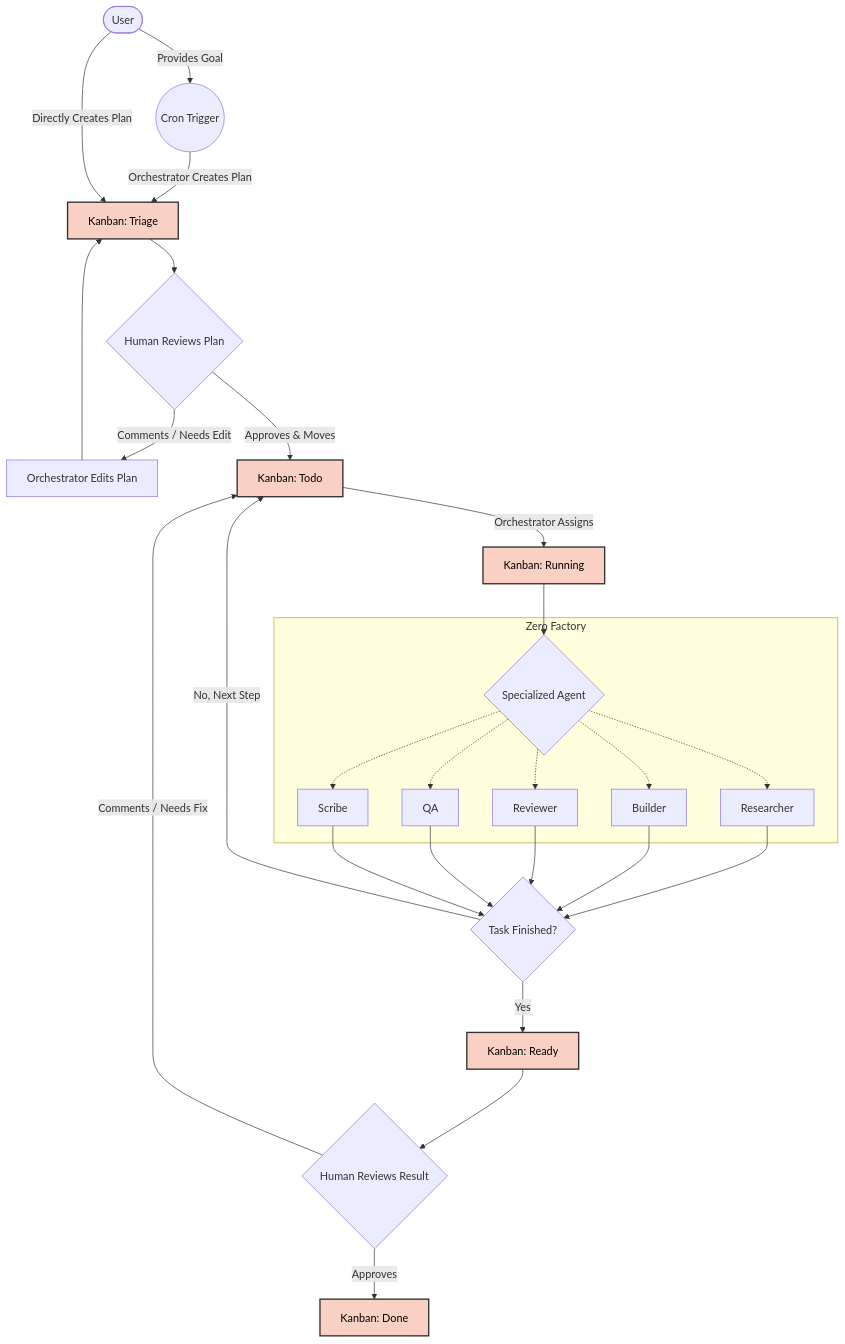
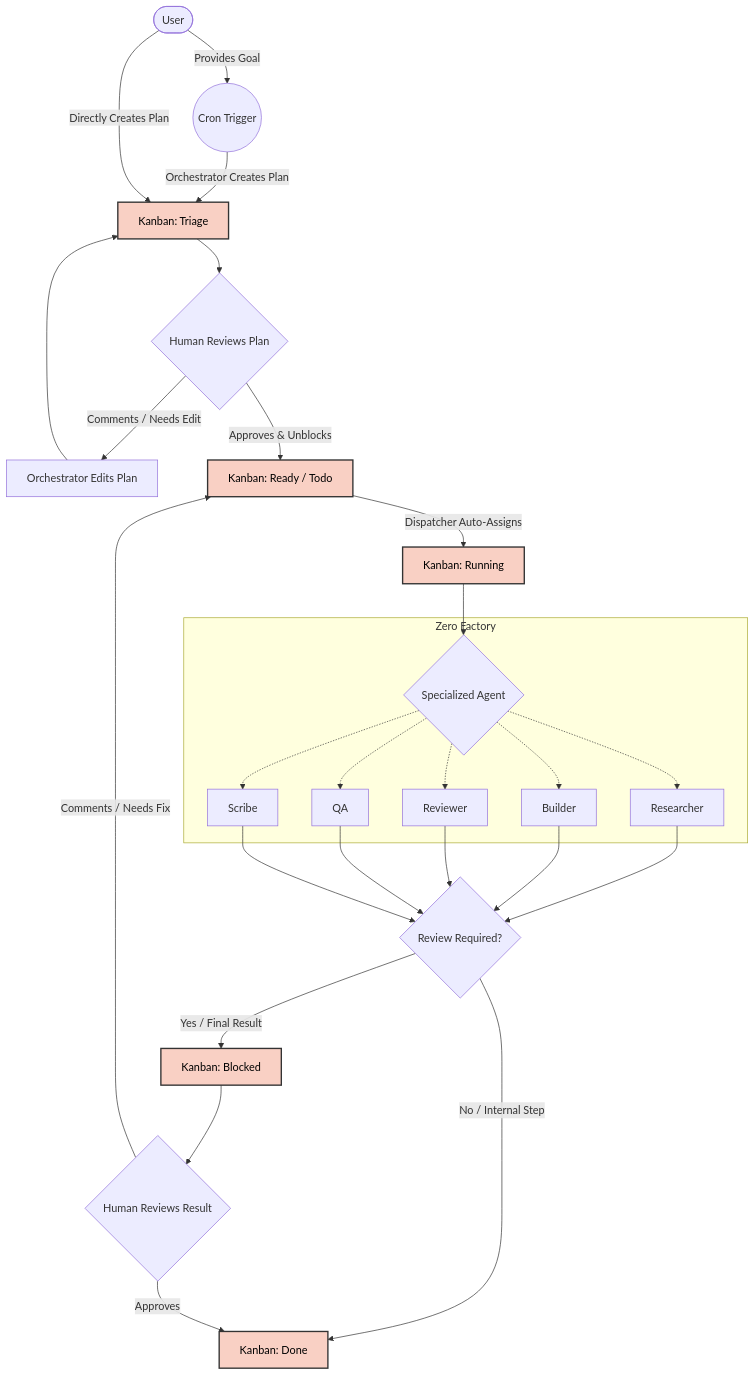
One commit to hotcode-dev/zerofactory changed the diagram in README.md. Above: the diagram before and after it, drawn with Mermaid. The commit also changed 4 other files, not shown here.

Commit message:
refactor: update kanban workflow to use Blocked column for human review and Triage status for initial tasks

````diff
--- a/README.md
+++ b/README.md
@@ -21,41 +21,41 @@
 ```mermaid
 graph TD
     classDef kanban fill:#f9d0c4,stroke:#333,stroke-width:2px,color:#000;
     
     User([User]) -->|Provides Goal| Cron((Cron Trigger))
     Cron -->|Orchestrator Creates Plan| Triage[Kanban: Triage]:::kanban
     
     User -->|Directly Creates Plan| Triage
     
     Triage --> HumanPlanReview{Human Reviews Plan}
     HumanPlanReview -->|Comments / Needs Edit| OrchestratorEdit[Orchestrator Edits Plan]
     OrchestratorEdit --> Triage
-    HumanPlanReview -->|Approves & Moves| Todo[Kanban: Todo]:::kanban
+    HumanPlanReview -->|Approves & Unblocks| Ready[Kanban: Ready / Todo]:::kanban
     
-    Todo -->|Orchestrator Assigns| Running[Kanban: Running]:::kanban
+    Ready -->|Dispatcher Auto-Assigns| Running[Kanban: Running]:::kanban
     
     Running --> AgentWork{Specialized Agent}
     
     subgraph Zero Factory
         AgentWork -.-> Researcher
         AgentWork -.-> Builder
         AgentWork -.-> Reviewer
         AgentWork -.-> QA
         AgentWork -.-> Scribe
     end
     
-    Researcher --> StepCheck
-    Builder --> StepCheck
-    Reviewer --> StepCheck
-    QA --> StepCheck
-    Scribe --> StepCheck
+    Researcher --> TaskComplete
+    Builder --> TaskComplete
+    Reviewer --> TaskComplete
+    QA --> TaskComplete
+    Scribe --> TaskComplete
     
-    StepCheck{Task Finished?}
-    StepCheck -->|No, Next Step| Todo
+    TaskComplete{Review Required?}
+    TaskComplete -->|No / Internal Step| Done[Kanban: Done]:::kanban
     
-    StepCheck -->|Yes| Ready[Kanban: Ready]:::kanban
+    TaskComplete -->|Yes / Final Result| Blocked[Kanban: Blocked]:::kanban
     
-    Ready --> HumanResultReview{Human Reviews Result}
-    HumanResultReview -->|Comments / Needs Fix| Todo
-    HumanResultReview -->|Approves| Done[Kanban: Done]:::kanban
+    Blocked --> HumanResultReview{Human Reviews Result}
+    HumanResultReview -->|Comments / Needs Fix| Ready
+    HumanResultReview -->|Approves| Done
 ```
````
